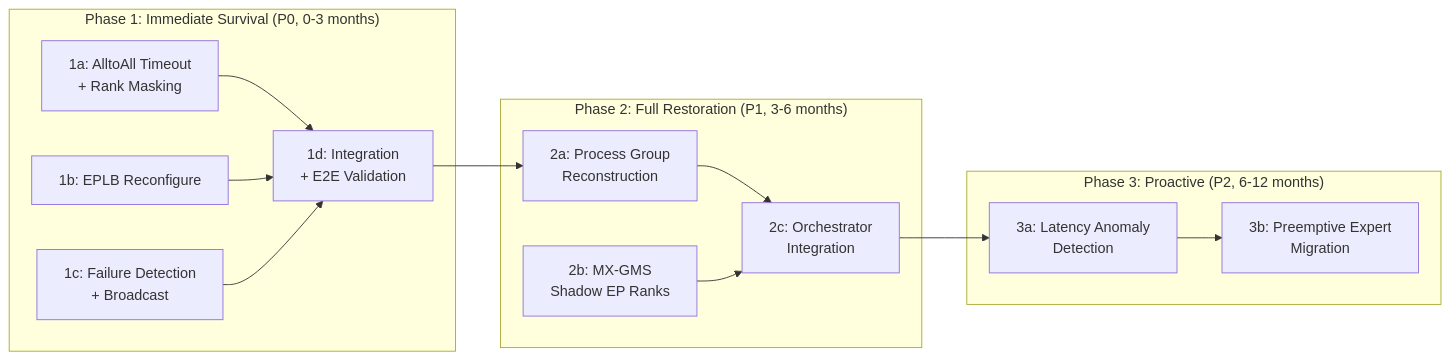
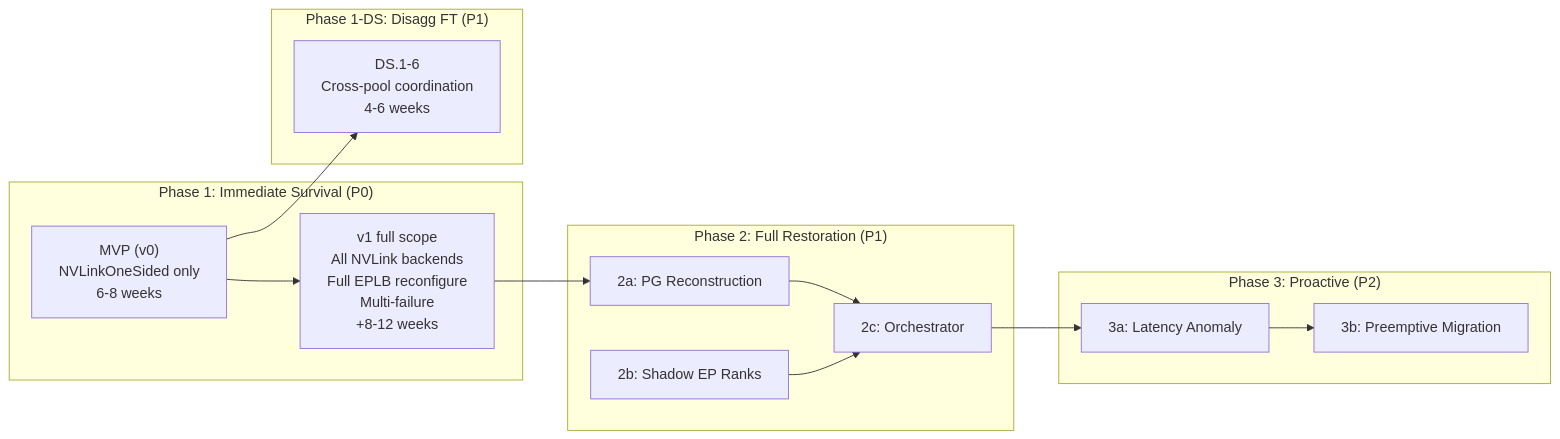
Before and after one commit to chienchunhung/TensorRT-LLM: the first of 2 diagrams in docs/design/wide-ep-fault-tolerance/09-implementation-plan.md, drawn with Mermaid. The commit also changed other lines of this file and 2 other files, not shown here.

````diff
--- a/docs/design/wide-ep-fault-tolerance/09-implementation-plan.md
+++ b/docs/design/wide-ep-fault-tolerance/09-implementation-plan.md
@@ -7,29 +7,30 @@
 ```mermaid
 graph LR
-    subgraph "Phase 1: Immediate Survival (P0, 0-3 months)"
-        P1A["1a: AlltoAll Timeout<br/>+ Rank Masking"]
-        P1B["1b: EPLB Reconfigure"]
-        P1C["1c: Failure Detection<br/>+ Broadcast"]
-        P1D["1d: Integration<br/>+ E2E Validation"]
-        P1A --> P1D
-        P1B --> P1D
-        P1C --> P1D
+    subgraph "Phase 1: Immediate Survival (P0)"
+        MVP["MVP (v0)<br/>NVLinkOneSided only<br/>6-8 weeks"]
+        P1V1["v1 full scope<br/>All NVLink backends<br/>Full EPLB reconfigure<br/>Multi-failure<br/>+8-12 weeks"]
+        MVP --> P1V1
     end
 
-    subgraph "Phase 2: Full Restoration (P1, 3-6 months)"
-        P2A["2a: Process Group<br/>Reconstruction"]
-        P2B["2b: MX-GMS<br/>Shadow EP Ranks"]
-        P2C["2c: Orchestrator<br/>Integration"]
+    subgraph "Phase 1-DS: Disagg FT (P1)"
+        DS["DS.1-6<br/>Cross-pool coordination<br/>4-6 weeks"]
+    end
+
+    subgraph "Phase 2: Full Restoration (P1)"
+        P2A["2a: PG Reconstruction"]
+        P2B["2b: Shadow EP Ranks"]
+        P2C["2c: Orchestrator"]
         P2A --> P2C
         P2B --> P2C
     end
 
-    subgraph "Phase 3: Proactive (P2, 6-12 months)"
-        P3A["3a: Latency Anomaly<br/>Detection"]
-        P3B["3b: Preemptive Expert<br/>Migration"]
+    subgraph "Phase 3: Proactive (P2)"
+        P3A["3a: Latency Anomaly"]
+        P3B["3b: Preemptive Migration"]
+        P3A --> P3B
     end
 
-    P1D --> P2A
+    MVP --> DS
+    P1V1 --> P2A
     P2C --> P3A
-    P3A --> P3B
 ```
````
